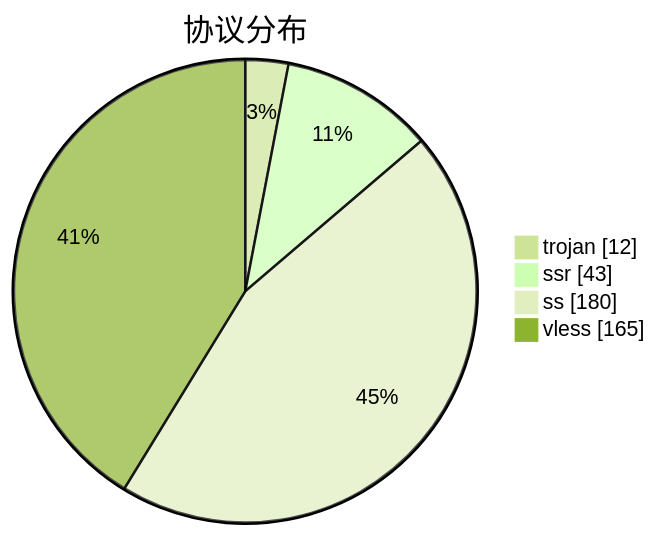
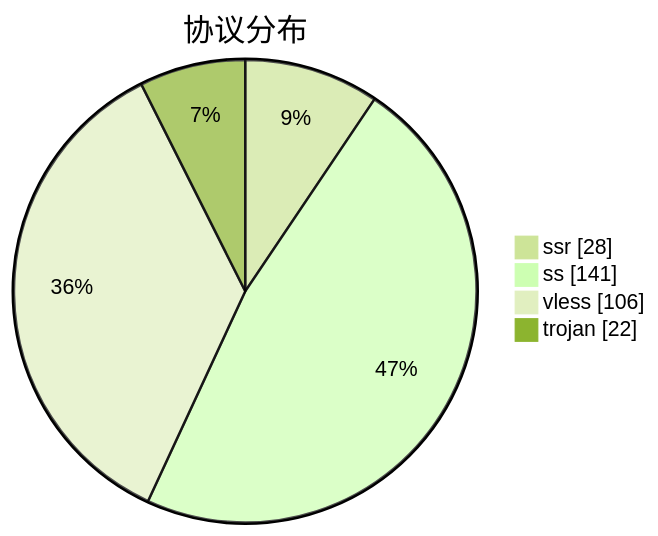
Before and after one commit to qjlxg/airport: the third of 3 diagrams in subs/statistics/tested_within.md, drawn with Mermaid (forest theme). The commit also changed other lines of this file and 2 other files, not shown here.

````diff
--- a/subs/statistics/tested_within.md
+++ b/subs/statistics/tested_within.md
@@ -19,8 +18,8 @@
 ```mermaid
 pie showData
 title 协议分布
-"trojan" : 12
-"ssr" : 43
-"ss" : 180
-"vless" : 165
+"ssr" : 28
+"ss" : 141
+"vless" : 106
+"trojan" : 22
 ```
````
